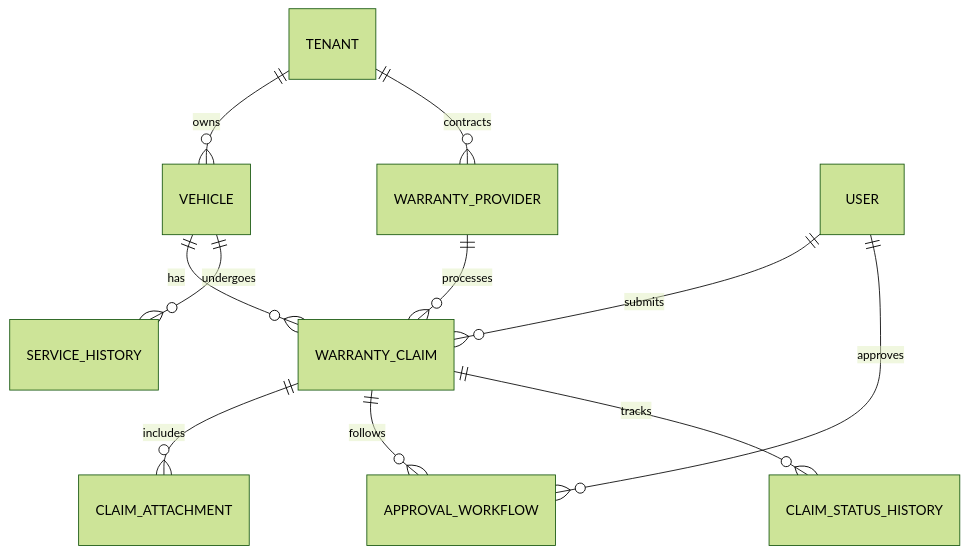
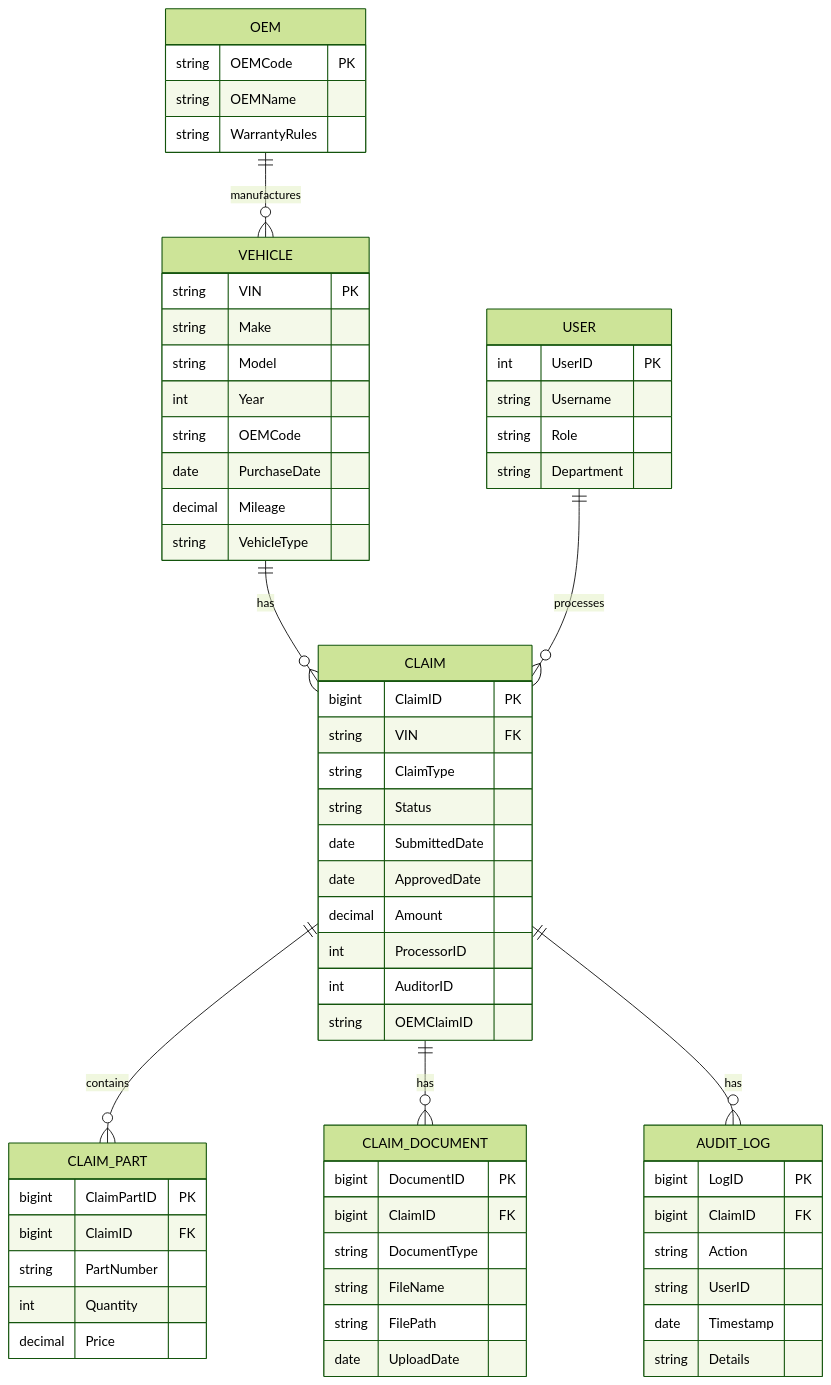
One commit to asmortongpt/Fleet-AzureDevOps changed the ninth of 19 diagrams in enhancements/warranty-claims/AS_IS_ANALYSIS.md. Above: the diagram before and after it, drawn with Mermaid (forest theme). The commit also changed other lines of this file and 58 other files, not shown here.

````diff
--- a/enhancements/warranty-claims/AS_IS_ANALYSIS.md
+++ b/enhancements/warranty-claims/AS_IS_ANALYSIS.md
@@ -70,13 +1172,65 @@
 ```mermaid
 erDiagram
-    TENANT ||--o{ VEHICLE : "owns"
-    TENANT ||--o{ WARRANTY_PROVIDER : "contracts"
-    VEHICLE ||--o{ WARRANTY_CLAIM : "has"
-    VEHICLE ||--o{ SERVICE_HISTORY : "undergoes"
-    WARRANTY_CLAIM ||--o{ CLAIM_ATTACHMENT : "includes"
-    WARRANTY_CLAIM ||--o{ APPROVAL_WORKFLOW : "follows"
-    WARRANTY_CLAIM ||--o{ CLAIM_STATUS_HISTORY : "tracks"
-    WARRANTY_PROVIDER ||--o{ WARRANTY_CLAIM : "processes"
-    USER ||--o{ WARRANTY_CLAIM : "submits"
-    USER ||--o{ APPROVAL_WORKFLOW : "approves"
+    VEHICLE ||--o{ CLAIM : "has"
+    VEHICLE {
+        string VIN PK
+        string Make
+        string Model
+        int Year
+        string OEMCode
+        date PurchaseDate
+        decimal Mileage
+        string VehicleType
+    }
+    CLAIM ||--o{ CLAIM_PART : "contains"
+    CLAIM ||--o{ CLAIM_DOCUMENT : "has"
+    CLAIM ||--o{ AUDIT_LOG : "has"
+    CLAIM {
+        bigint ClaimID PK
+        string VIN FK
+        string ClaimType
+        string Status
+        date SubmittedDate
+        date ApprovedDate
+        decimal Amount
+        int ProcessorID
+        int AuditorID
+        string OEMClaimID
+    }
+    CLAIM_PART {
+        bigint ClaimPartID PK
+        bigint ClaimID FK
+        string PartNumber
+        int Quantity
+        decimal Price
+    }
+    CLAIM_DOCUMENT {
+        bigint DocumentID PK
+        bigint ClaimID FK
+        string DocumentType
+        string FileName
+        string FilePath
+        date UploadDate
+    }
+    AUDIT_LOG {
+        bigint LogID PK
+        bigint ClaimID FK
+        string Action
+        string UserID
+        date Timestamp
+        string Details
+    }
+    OEM ||--o{ VEHICLE : "manufactures"
+    OEM {
+        string OEMCode PK
+        string OEMName
+        string WarrantyRules
+    }
+    USER ||--o{ CLAIM : "processes"
+    USER {
+        int UserID PK
+        string Username
+        string Role
+        string Department
+    }
 ```
````
